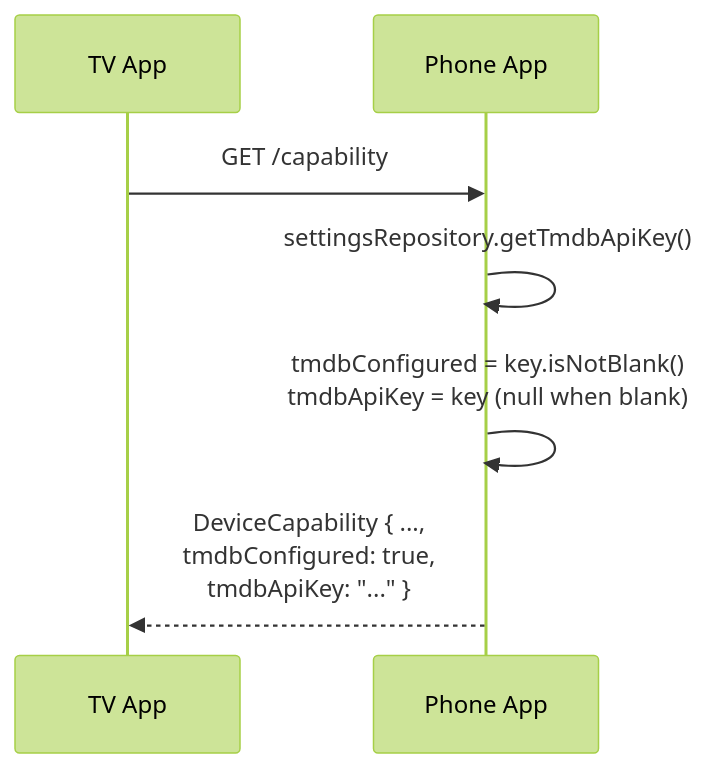
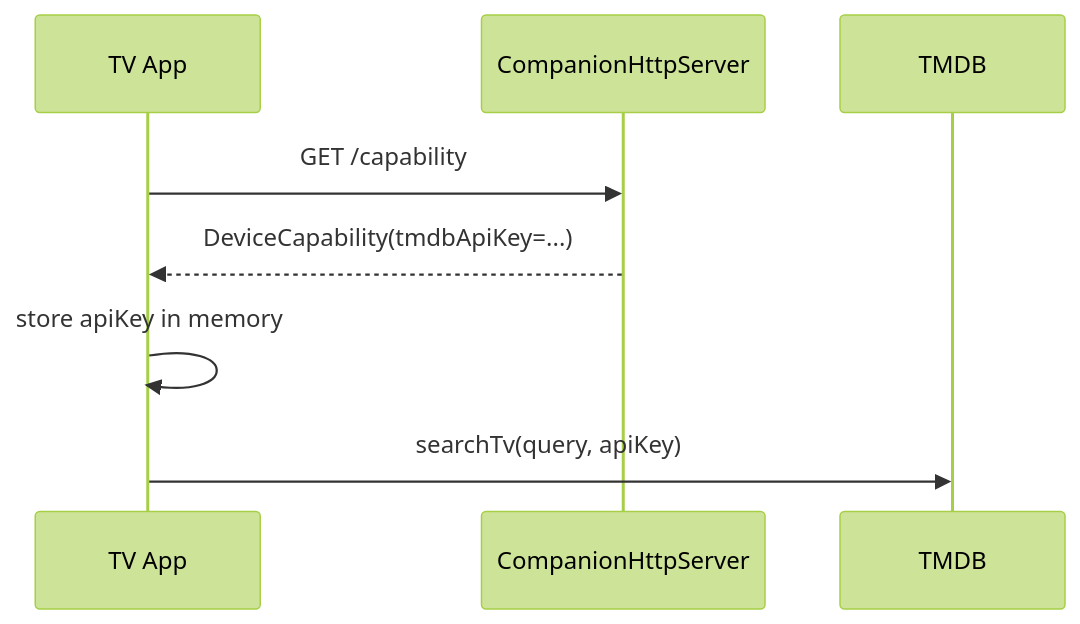
The fourth of 6 diagrams in docs/tmdb-integration.md (justb81/watchbuddy), drawn with Mermaid (forest theme) before and after one commit. The commit also changed other lines of this file and 1 other file, not shown here.

First line of the commit message:
refactor(core): update tmdb-integration.md and CLAUDE.md for ProviderCatalogRegistry

````diff
--- a/docs/tmdb-integration.md
+++ b/docs/tmdb-integration.md
@@ -197,10 +173,10 @@
 ```mermaid
 sequenceDiagram
     participant TV as TV App
-    participant Phone as Phone App
+    participant Phone as CompanionHttpServer
 
     TV->>Phone: GET /capability
-    Phone->>Phone: settingsRepository.getTmdbApiKey()
-    Phone->>Phone: tmdbConfigured = key.isNotBlank()<br/>tmdbApiKey = key (null when blank)
-    Phone-->>TV: DeviceCapability { ...,<br/>tmdbConfigured: true,<br/>tmdbApiKey: "..." }
+    Phone-->>TV: DeviceCapability(tmdbApiKey=...)
+    TV->>TV: store apiKey in memory
+    TV->>TMDB: searchTv(query, apiKey)
 ```
````
